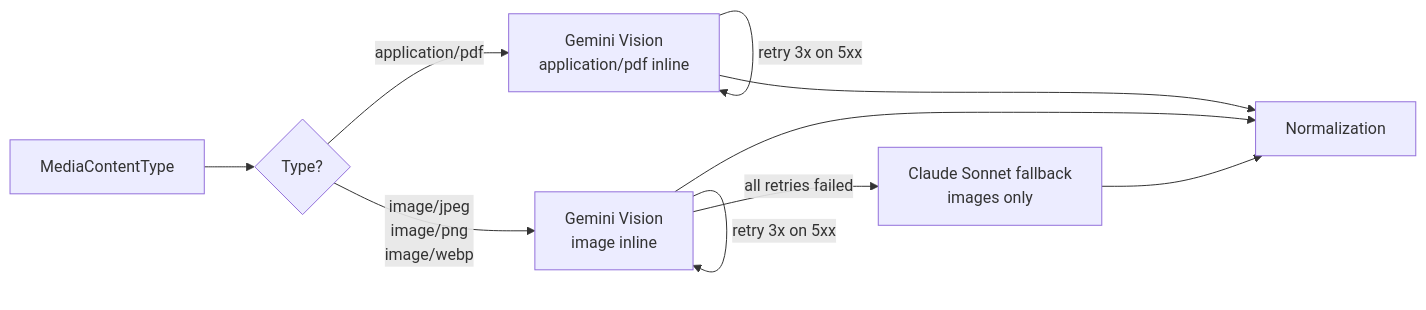
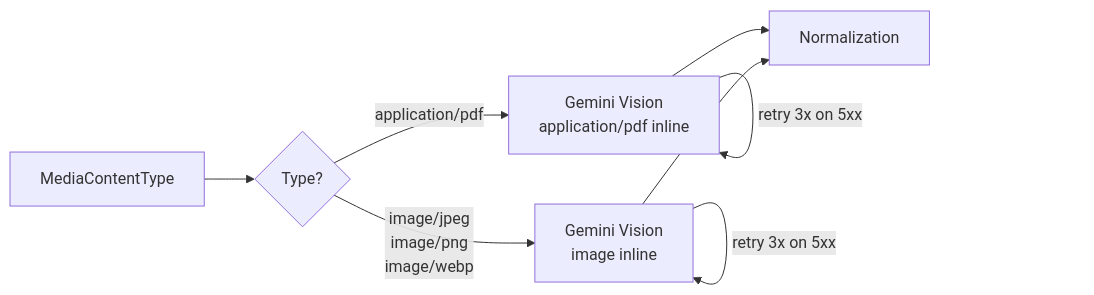
One commit to wmashal/accountant-agent changed the eighth of 8 diagrams in architecture-design.md. Above: the diagram before and after it, drawn with Mermaid. The commit also changed other lines of this file and 4 other files, not shown here.

````diff
--- a/architecture-design.md
+++ b/architecture-design.md
@@ -253,14 +249,12 @@
 ```mermaid
 flowchart LR
     A[MediaContentType] --> B{Type?}
     B -- application/pdf --> D[Gemini Vision\napplication/pdf inline]
     B -- image/jpeg\nimage/png\nimage/webp --> E[Gemini Vision\nimage inline]
 
     D -->|retry 3x on 5xx| D
     E -->|retry 3x on 5xx| E
-    E -->|all retries failed| F[Claude Sonnet fallback\nimages only]
 
     D --> G[Normalization]
     E --> G
-    F --> G
 ```
````
